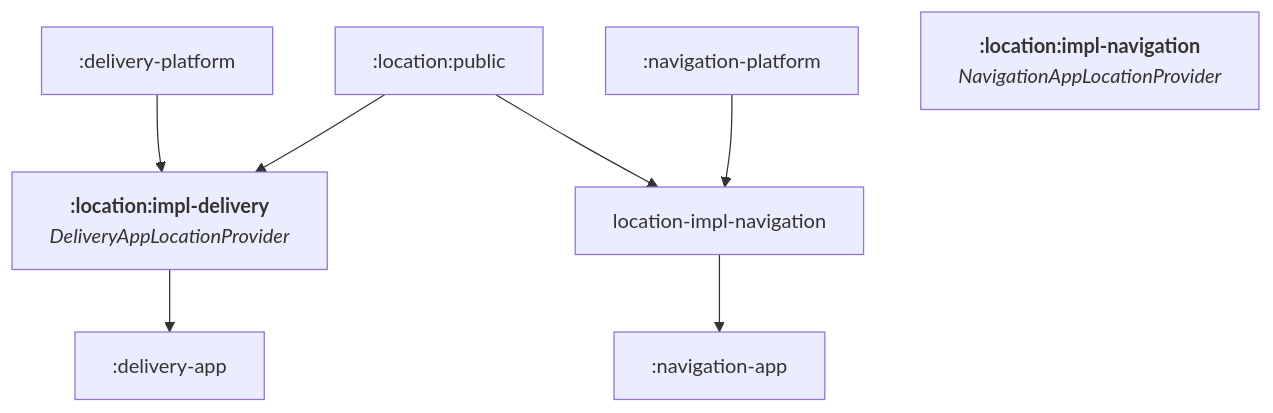
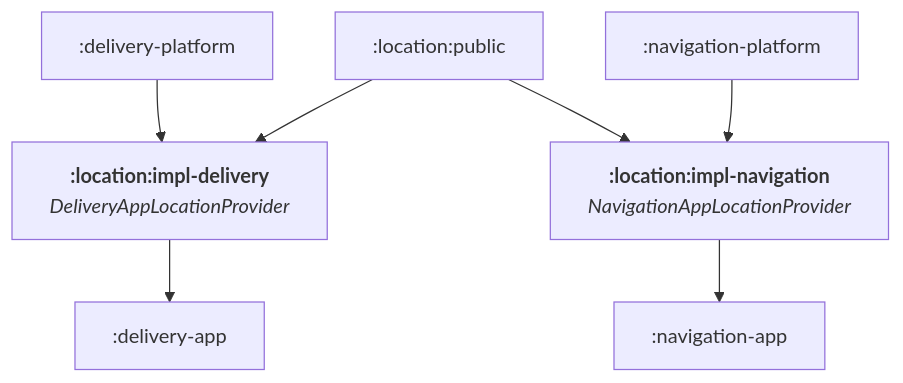
Before and after one commit to amzn/app-platform: the third of 3 diagrams in docs/module-structure.md, drawn with Mermaid. The commit also changed other lines of this file, not shown here.

````diff
--- a/docs/module-structure.md
+++ b/docs/module-structure.md
@@ -178,20 +178,20 @@
 ```mermaid
 %%{init: {'themeCSS': '.label { font-family: monospace; }'}}%%
 graph TD
   delivery-platform["`:delivery-platform`"]
   location-public["`:location:public`"]
   navigation-platform["`:navigation-platform`"]
   location-impl-delivery["`**:location:impl-delivery**
   *DeliveryAppLocationProvider*`"]
-  navigation-impl-delivery["`**:location:impl-navigation**
+  location-impl-navigation["`**:location:impl-navigation**
   *NavigationAppLocationProvider*`"]
   delivery-app["`:delivery-app`"]
   navigation-app["`:navigation-app`"]
 
   delivery-platform --> location-impl-delivery
   navigation-platform --> location-impl-navigation
   location-public --> location-impl-delivery
   location-public --> location-impl-navigation
   location-impl-delivery --> delivery-app
   location-impl-navigation --> navigation-app
 ```
````
